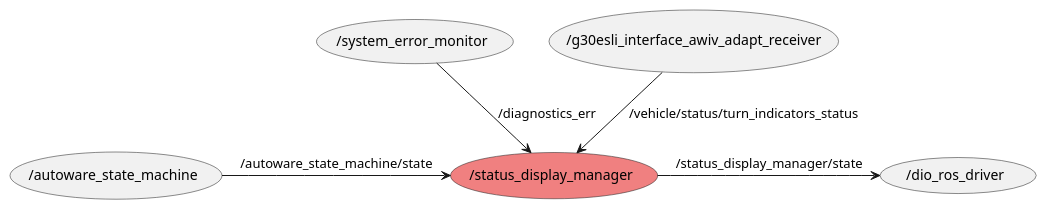
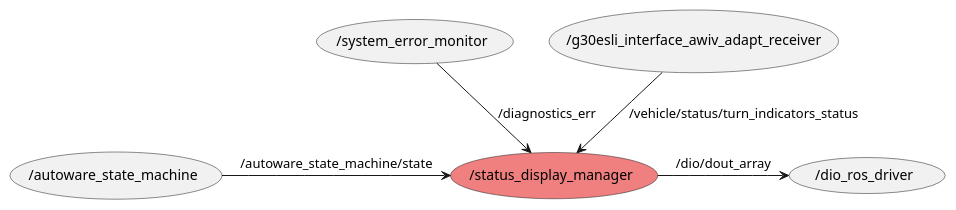
Before and after one commit to eve-autonomy/status_display_manager: the diagram in docs/node_graph.pu, drawn with PlantUML. The commit also changed 4 other files, not shown here.

Commit message:
docs(readme): add node_graph and sequence_diagram

```diff
--- a/docs/node_graph.pu
+++ b/docs/node_graph.pu
@@ -1,14 +1,14 @@
 @startuml
 
 usecase "/autoware_state_machine"
 usecase "/status_display_manager" #LightCoral
 usecase "/dio_ros_driver"
 usecase "/system_error_monitor"
 usecase "/g30esli_interface_awiv_adapt_receiver"
 
 (/autoware_state_machine) -> (/status_display_manager) : /autoware_state_machine/state
 (/system_error_monitor) --> (/status_display_manager) : /diagnostics_err
 (/g30esli_interface_awiv_adapt_receiver) --> (/status_display_manager) : /vehicle/status/turn_indicators_status
 
-(/status_display_manager) -> (/dio_ros_driver) : /status_display_manager/state
+(/status_display_manager) -> (/dio_ros_driver) : /dio/dout_array
 @enduml
```
